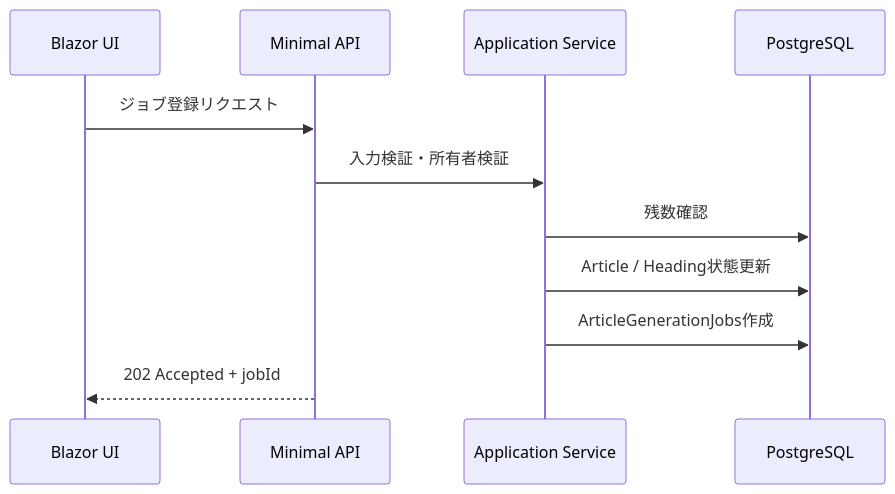
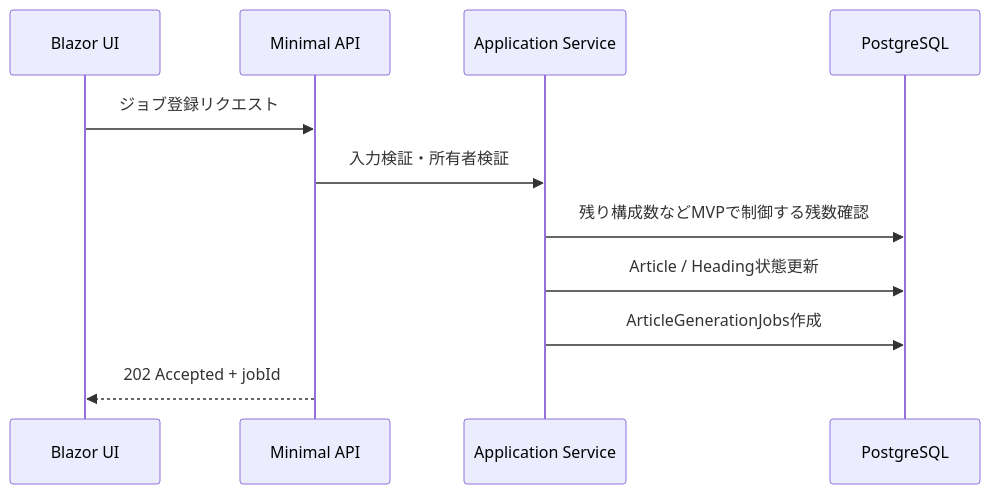
Before and after one commit to Cat5Dog2/web-writing-tool: the second of 2 diagrams in docs/job-design.md, drawn with Mermaid. The commit also changed other lines of this file and 17 other files, not shown here.

````diff
--- a/docs/job-design.md
+++ b/docs/job-design.md
@@ -129,14 +134,14 @@
 ```mermaid
 sequenceDiagram
     participant UI as Blazor UI
     participant API as Minimal API
     participant App as Application Service
     participant DB as PostgreSQL
 
     UI->>API: ジョブ登録リクエスト
     API->>App: 入力検証・所有者検証
-    App->>DB: 残数確認
+    App->>DB: 残り構成数などMVPで制御する残数確認
     App->>DB: Article / Heading状態更新
     App->>DB: ArticleGenerationJobs作成
     API-->>UI: 202 Accepted + jobId
 ```
````
